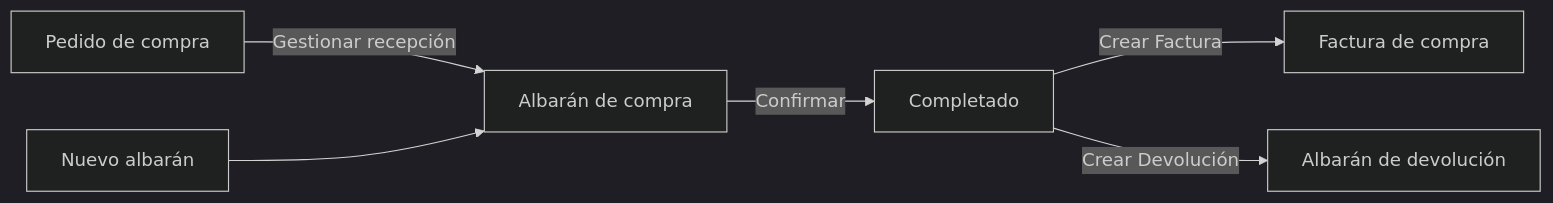
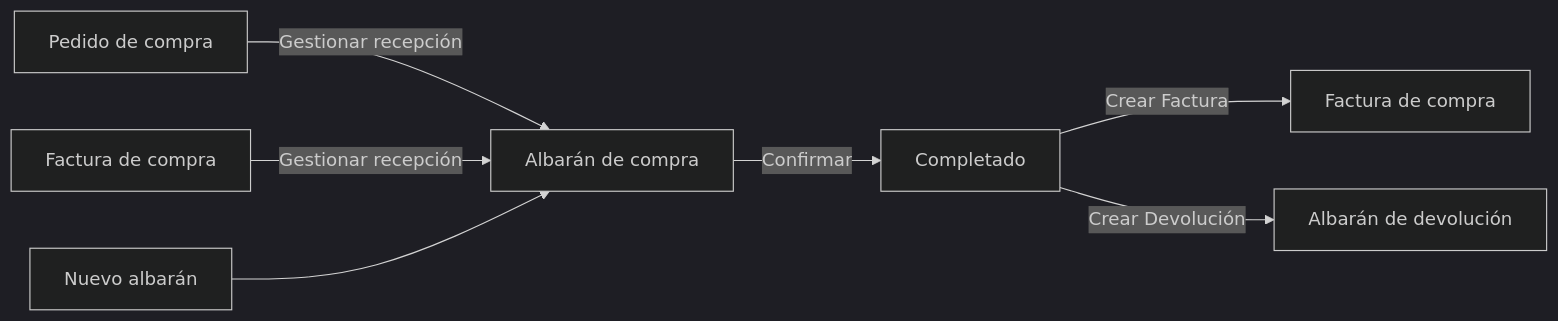
The diagram in docs/es/operaciones/compras/crear-y-gestionar-albaranes-de-compra/crear-y-gestionar-albaranes-de-compra.md (etendosoftware/etendo-docs), drawn with Mermaid (dark theme) before and after one commit. The commit also changed other lines of this file and 65 other files, not shown here.

````diff
--- a/docs/es/operaciones/compras/crear-y-gestionar-albaranes-de-compra/crear-y-gestionar-albaranes-de-compra.md
+++ b/docs/es/operaciones/compras/crear-y-gestionar-albaranes-de-compra/crear-y-gestionar-albaranes-de-compra.md
@@ -20,8 +20,9 @@
 ```mermaid
 flowchart LR
   A[Pedido de compra] -->|Gestionar recepción| B[Albarán de compra]
+  F[Factura de compra] -->|Gestionar recepción| B
   N[Nuevo albarán] --> B
   B -->|Confirmar| C[Completado]
   C -->|Crear Factura| D[Factura de compra]
   C -->|Crear Devolución| E[Albarán de devolución]
 ```
````
